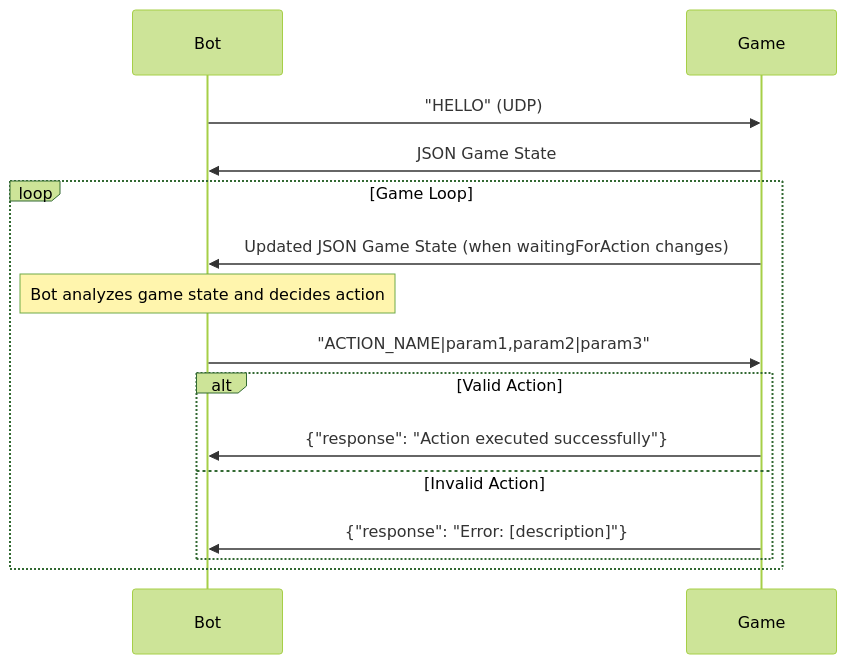
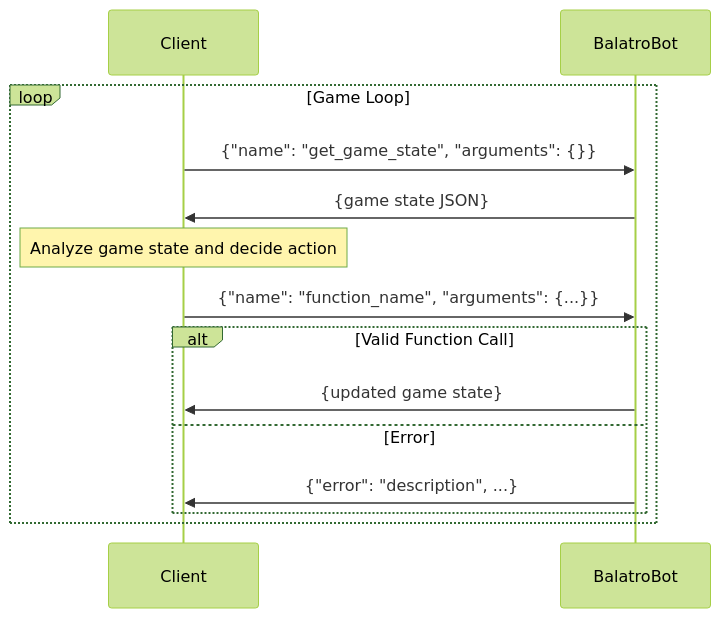
The diagram in docs/api-protocol.md (S1M0N38/balatrobot), drawn with Mermaid (forest theme) before and after one commit. The commit also changed other lines of this file, not shown here.

````diff
--- a/docs/api-protocol.md
+++ b/docs/api-protocol.md
@@ -17,22 +17,20 @@
 ```mermaid
 sequenceDiagram
-    participant Bot
-    participant Game
-
-    Bot->>Game: "HELLO" (UDP)
-    Game->>Bot: JSON Game State
+    participant Client
+    participant BalatroBot
 
     loop Game Loop
-        Game->>Bot: Updated JSON Game State (when waitingForAction changes)
+        Client->>BalatroBot: {"name": "get_game_state", "arguments": {}}
+        BalatroBot->>Client: {game state JSON}
 
-        Note over Bot: Bot analyzes game state and decides action
+        Note over Client: Analyze game state and decide action
 
-        Bot->>Game: "ACTION_NAME|param1,param2|param3"
+        Client->>BalatroBot: {"name": "function_name", "arguments": {...}}
 
-        alt Valid Action
-            Game->>Bot: {"response": "Action executed successfully"}
-        else Invalid Action  
-            Game->>Bot: {"response": "Error: [description]"}
+        alt Valid Function Call
+            BalatroBot->>Client: {updated game state}
+        else Error
+            BalatroBot->>Client: {"error": "description", ...}
         end
     end
 ```
````
